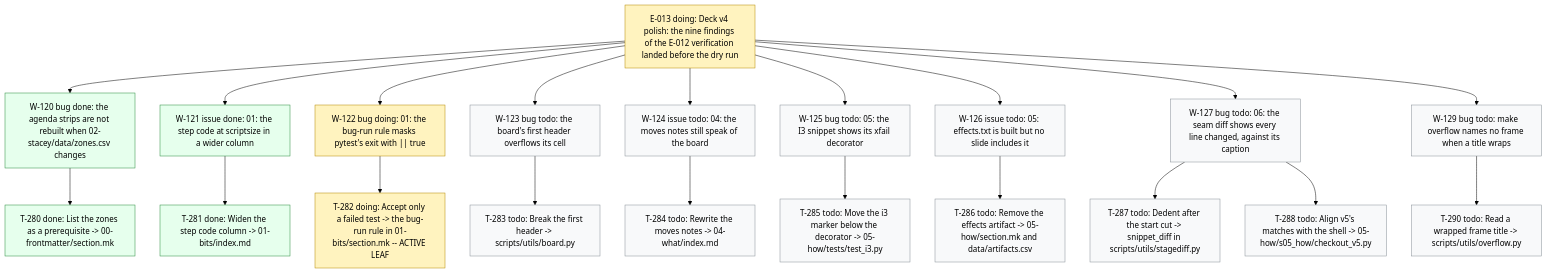
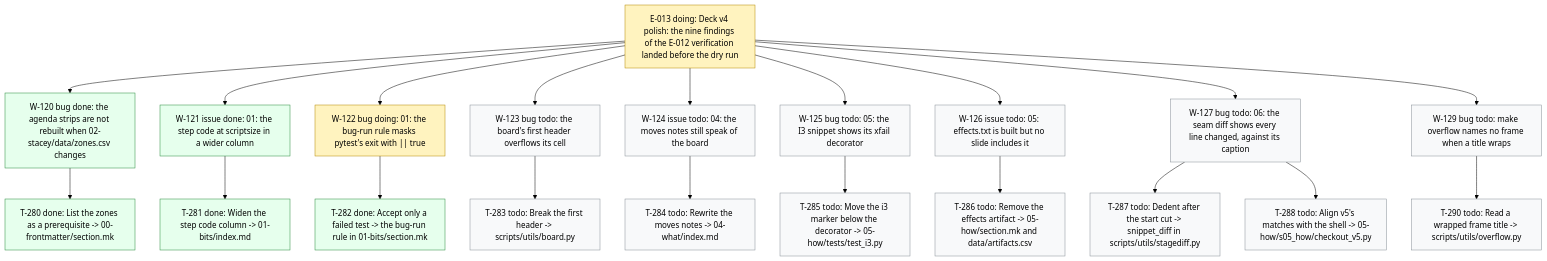
Before and after one commit to dpopchev/chaos-to-simple: the diagram in .board/BOARD.md, drawn with Mermaid (forest theme). The commit also changed other lines of this file and 1 other file, not shown here.

Commit message:
chore(board): close T-282 -- W-122 ready to land
Refs: W-122 T-282

````diff
--- a/.board/BOARD.md
+++ b/.board/BOARD.md
@@ -729,31 +729,31 @@
 ```mermaid
 flowchart TD
   E013["E-013 doing: Deck v4 polish: the nine findings of the E-012 verification landed before the dry run"]
   E013 --> W120["W-120 bug done: the agenda strips are not rebuilt when 02-stacey/data/zones.csv changes"]
   W120 --> T280["T-280 done: List the zones as a prerequisite -> 00-frontmatter/section.mk"]
   E013 --> W121["W-121 issue done: 01: the step code at scriptsize in a wider column"]
   W121 --> T281["T-281 done: Widen the step code column -> 01-bits/index.md"]
   E013 --> W122["W-122 bug doing: 01: the bug-run rule masks pytest's exit with || true"]
-  W122 --> T282["T-282 doing: Accept only a failed test -> the bug-run rule in 01-bits/section.mk -- ACTIVE LEAF"]
+  W122 --> T282["T-282 done: Accept only a failed test -> the bug-run rule in 01-bits/section.mk"]
   E013 --> W123["W-123 bug todo: the board's first header overflows its cell"]
   W123 --> T283["T-283 todo: Break the first header -> scripts/utils/board.py"]
   E013 --> W124["W-124 issue todo: 04: the moves notes still speak of the board"]
   W124 --> T284["T-284 todo: Rewrite the moves notes -> 04-what/index.md"]
   E013 --> W125["W-125 bug todo: 05: the I3 snippet shows its xfail decorator"]
   W125 --> T285["T-285 todo: Move the i3 marker below the decorator -> 05-how/tests/test_i3.py"]
   E013 --> W126["W-126 issue todo: 05: effects.txt is built but no slide includes it"]
   W126 --> T286["T-286 todo: Remove the effects artifact -> 05-how/section.mk and data/artifacts.csv"]
   E013 --> W127["W-127 bug todo: 06: the seam diff shows every line changed, against its caption"]
   W127 --> T287["T-287 todo: Dedent after the start cut -> snippet_diff in scripts/utils/stagediff.py"]
   W127 --> T288["T-288 todo: Align v5's matches with the shell -> 05-how/s05_how/checkout_v5.py"]
   E013 --> W129["W-129 bug todo: make overflow names no frame when a title wraps"]
   W129 --> T290["T-290 todo: Read a wrapped frame title -> scripts/utils/overflow.py"]
   classDef doing fill:#fff3bf,stroke:#b58900,color:#000;
   classDef blocked fill:#ffe3e3,stroke:#c92a2a,color:#000;
   classDef done fill:#e6ffed,stroke:#2b8a3e,color:#000;
   classDef todo fill:#f8f9fa,stroke:#868e96,color:#000;
   classDef pruned fill:#f1f3f5,stroke:#adb5bd,color:#000;
-  class E013,W122,T282 doing
-  class W120,T280,W121,T281 done
+  class E013,W122 doing
+  class W120,T280,W121,T281,T282 done
   class W123,T283,W124,T284,W125,T285,W126,T286,W127,T287,T288,W129,T290 todo
 ```
````
